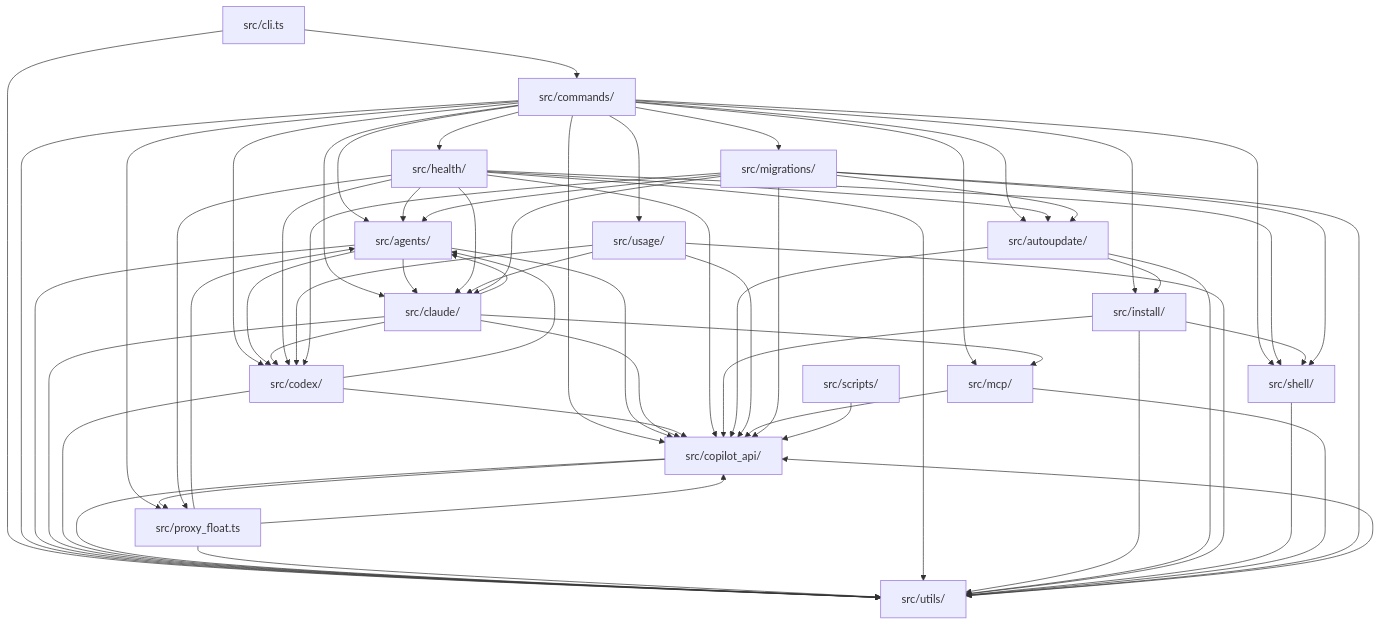
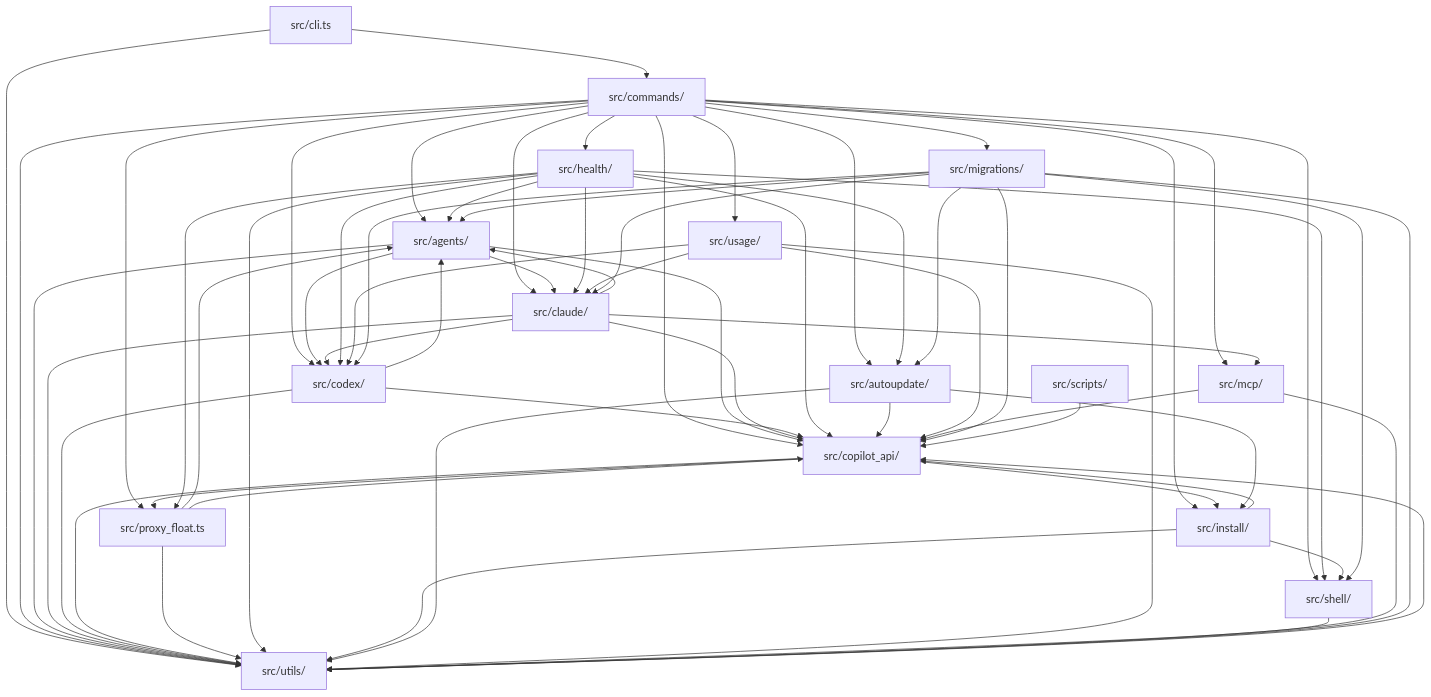
One commit to Vivswan/copilot-env changed the eighth of 8 diagrams in docs/architecture.md. Above: the diagram before and after it, drawn with Mermaid. The commit also changed 1 other file, not shown here.

Commit message:
docs: the sidecar's release-target reuse is a declared copilot_api -> install edge
src/copilot_api/sidecar.ts takes deno's archive triples from src/install/targets.ts, the one owner of the platform-to-triple table; targets.ts imports nothing, so the edge is a plain allowance, declared where the layering lint reads it and rendered into the architecture map the drift test compares.

````diff
--- a/docs/architecture.md
+++ b/docs/architecture.md
@@ -296,81 +296,82 @@
 ```mermaid
 graph TD
   cli["src/cli.ts"]
   commands["src/commands/"]
   agents["src/agents/"]
   claude["src/claude/"]
   codex["src/codex/"]
   copilot_api["src/copilot_api/"]
   proxy_float["src/proxy_float.ts"]
   health["src/health/"]
   install["src/install/"]
   autoupdate["src/autoupdate/"]
   usage["src/usage/"]
   shell["src/shell/"]
   mcp["src/mcp/"]
   migrations["src/migrations/"]
   scripts["src/scripts/"]
   utils["src/utils/"]
   cli --> commands
   cli --> utils
   commands --> agents
   commands --> autoupdate
   commands --> claude
   commands --> codex
   commands --> copilot_api
   commands --> health
   commands --> install
   commands --> mcp
   commands --> migrations
   commands --> proxy_float
   commands --> shell
   commands --> usage
   commands --> utils
   agents --> claude
   agents --> codex
   agents --> copilot_api
   agents --> utils
   claude --> agents
   claude --> codex
   claude --> copilot_api
   claude --> mcp
   claude --> utils
   codex --> agents
   codex --> copilot_api
   codex --> utils
+  copilot_api --> install
   copilot_api --> proxy_float
   copilot_api --> utils
   proxy_float --> agents
   proxy_float --> copilot_api
   proxy_float --> utils
   health --> agents
   health --> autoupdate
   health --> claude
   health --> codex
   health --> copilot_api
   health --> proxy_float
   health --> shell
   health --> utils
   install --> copilot_api
   install --> shell
   install --> utils
   autoupdate --> copilot_api
   autoupdate --> install
   autoupdate --> utils
   usage --> claude
   usage --> codex
   usage --> copilot_api
   usage --> utils
   shell --> utils
   mcp --> copilot_api
   mcp --> utils
   migrations --> agents
   migrations --> autoupdate
   migrations --> claude
   migrations --> codex
   migrations --> copilot_api
   migrations --> shell
   migrations --> utils
   scripts --> copilot_api
   utils --> copilot_api
 ```
````
